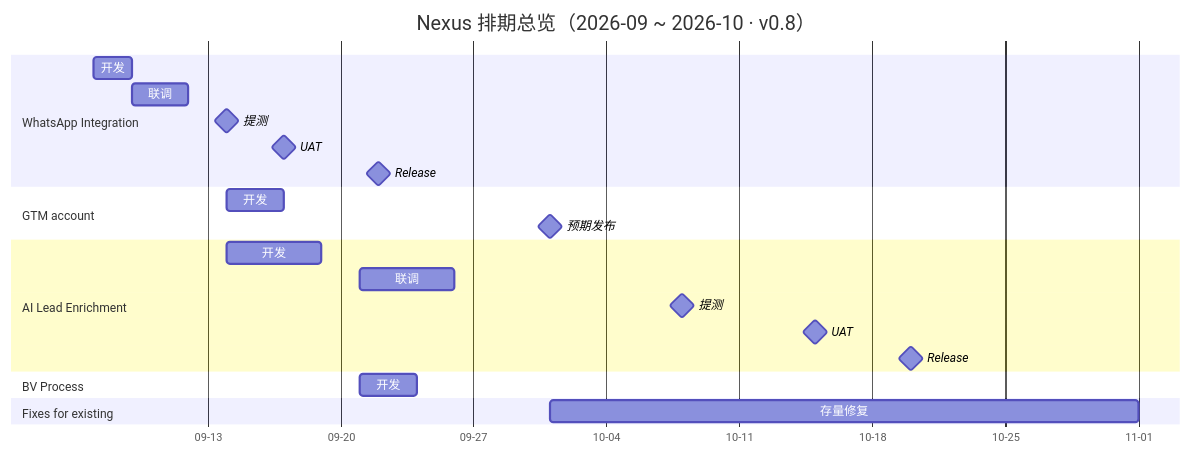
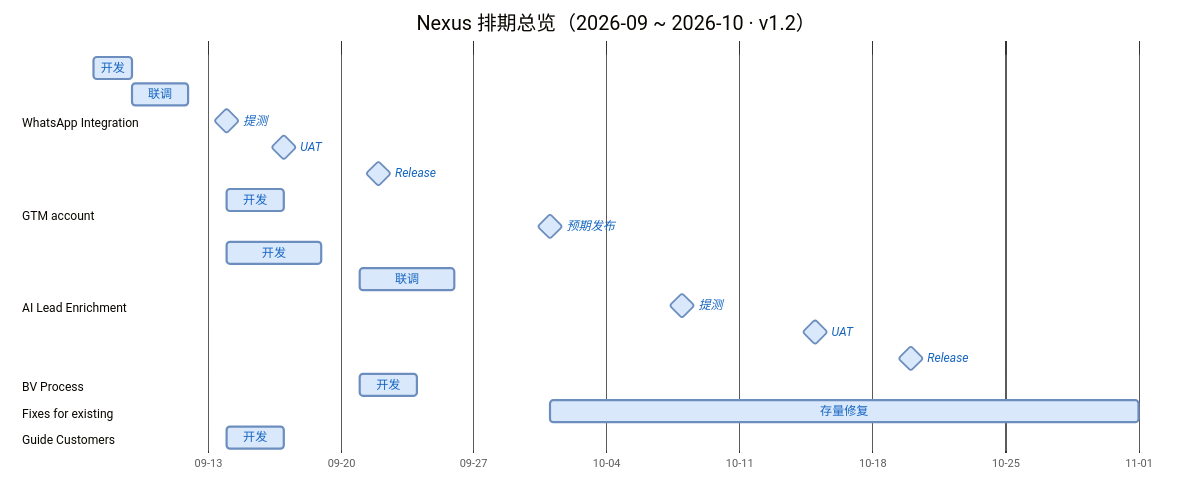
The diagram in projects-management/nexus/ROADMAP.md (junyang-visable/my-ai), drawn with Mermaid before and after one commit. The commit also changed other lines of this file and 1 other file, not shown here.

First line of the commit message:
docs(nexus): add Sync/Guide Customer requirements, roadmap v1.2

````diff
--- a/projects-management/nexus/ROADMAP.md
+++ b/projects-management/nexus/ROADMAP.md
@@ -11,26 +11,29 @@
 ```mermaid
+%%{init: {"theme":"base","themeVariables":{"cScale0":"#dae8fc","cScale1":"#dae8fc","cScale2":"#dae8fc","cScale3":"#dae8fc","cScale4":"#dae8fc","cScale5":"#dae8fc","cScale6":"#dae8fc","cScale7":"#dae8fc","cScale8":"#dae8fc","cScale9":"#dae8fc","cScale10":"#dae8fc","cScale11":"#dae8fc","cScaleLabel0":"#1565C0","cScaleLabel1":"#1565C0","cScaleLabel2":"#1565C0","cScaleLabel3":"#1565C0","cScaleLabel4":"#1565C0","cScaleLabel5":"#1565C0","cScaleLabel6":"#1565C0","cScaleLabel7":"#1565C0","cScaleLabel8":"#1565C0","cScaleLabel9":"#1565C0","cScaleLabel10":"#1565C0","cScaleLabel11":"#1565C0","taskBkgColor":"#dae8fc","taskBorderColor":"#6c8ebf","taskTextColor":"#1565C0","taskTextDarkColor":"#1565C0","taskTextOutsideColor":"#1565C0","sectionBkgColor":"#ffffff","altSectionBkgColor":"#ffffff","sectionBkgColor0":"#ffffff","sectionBkgColor1":"#ffffff","sectionBkgColor2":"#ffffff","sectionBkgColor3":"#ffffff","sectionBkgColor4":"#ffffff","sectionBkgColor5":"#ffffff","sectionBkgColor6":"#ffffff","sectionBkgColor7":"#ffffff","sectionBkgColor8":"#ffffff","sectionBkgColor9":"#ffffff","sectionBkgColor10":"#ffffff","sectionBkgColor11":"#ffffff","altSectionBkgColor0":"#ffffff","altSectionBkgColor1":"#ffffff","altSectionBkgColor2":"#ffffff","altSectionBkgColor3":"#ffffff","altSectionBkgColor4":"#ffffff","altSectionBkgColor5":"#ffffff","altSectionBkgColor6":"#ffffff","altSectionBkgColor7":"#ffffff","altSectionBkgColor8":"#ffffff","altSectionBkgColor9":"#ffffff","altSectionBkgColor10":"#ffffff","altSectionBkgColor11":"#ffffff"}}}%%
 gantt
-    title Nexus 排期总览（2026-09 ~ 2026-10 · v0.8）
+    title Nexus 排期总览（2026-09 ~ 2026-10 · v1.2）
     dateFormat YYYY-MM-DD
     axisFormat %m-%d
     todayMarker off
     section WhatsApp Integration
     开发    :2026-09-07, 2d
     联调    :2026-09-09, 3d
     提测    :milestone, 2026-09-14, 0d
     UAT     :milestone, 2026-09-17, 0d
     Release :milestone, 2026-09-22, 0d
     section GTM account
     开发    :2026-09-14, 3d
     预期发布 :milestone, 2026-10-01, 0d
     section AI Lead Enrichment
     开发    :2026-09-14, 5d
     联调    :2026-09-21, 5d
     提测    :milestone, 2026-10-08, 0d
     UAT     :milestone, 2026-10-15, 0d
     Release :milestone, 2026-10-20, 0d
     section BV Process
     开发    :2026-09-21, 3d
     section Fixes for existing
     存量修复 :2026-10-01, 31d
+    section Guide Customers
+    开发    :2026-09-14, 3d
 ```
````
